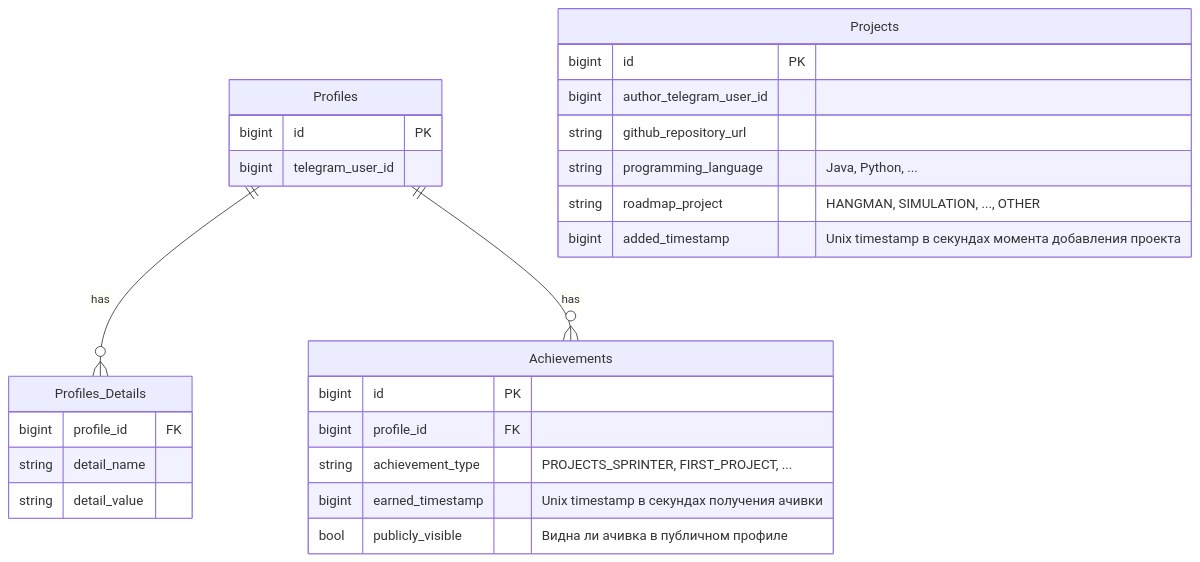
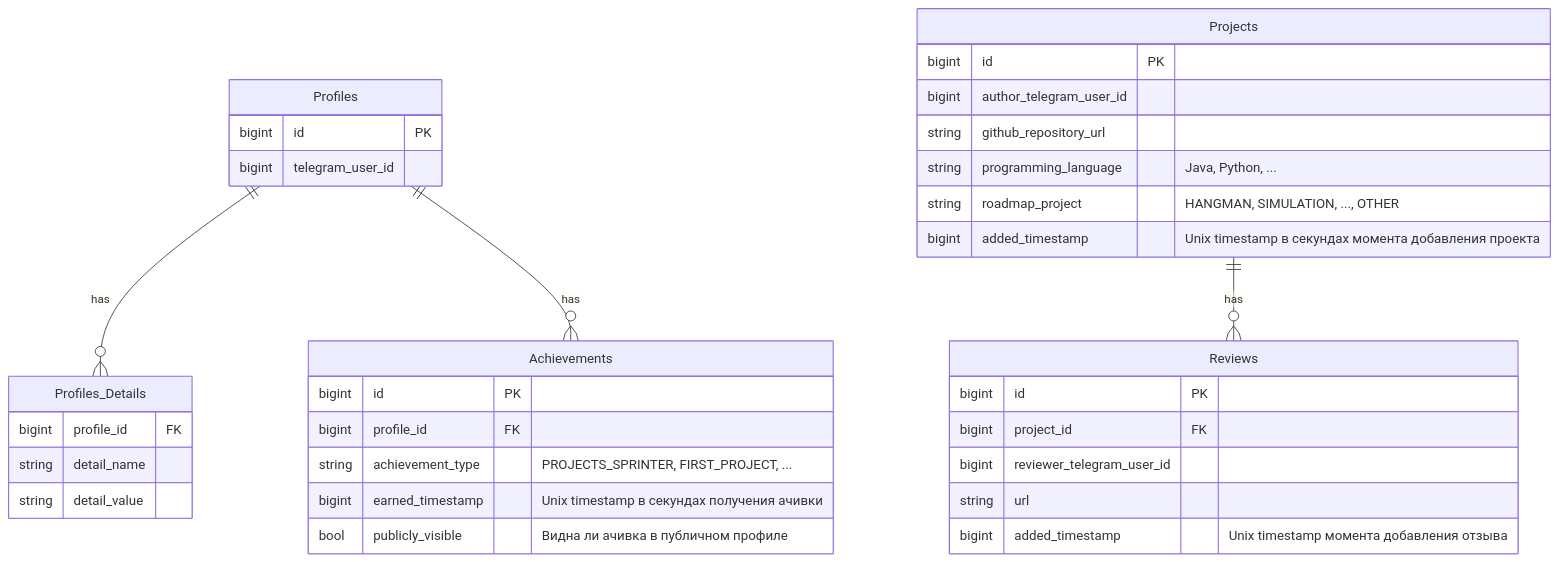
The diagram in system-analytics/services/profile-service/index.md (it-mentor-community-platform/meta), drawn with Mermaid before and after one commit. The commit also changed other lines of this file, not shown here.

Commit message:
system analytics: profile service - reviews DB table

````diff
--- a/system-analytics/services/profile-service/index.md
+++ b/system-analytics/services/profile-service/index.md
@@ -18,34 +18,42 @@
 ```mermaid
 erDiagram
     Profiles {
         bigint id PK
         bigint telegram_user_id
     }
 
     Profiles_Details {
         bigint profile_id FK
         string detail_name
         string detail_value
     }
 
     Achievements {
         bigint id PK
         bigint profile_id FK
         string achievement_type "PROJECTS_SPRINTER, FIRST_PROJECT, ..."
         bigint earned_timestamp "Unix timestamp в секундах получения ачивки"
         bool publicly_visible "Видна ли ачивка в публичном профиле"
     }
 
     Projects {
         bigint id PK
         bigint author_telegram_user_id
         string github_repository_url
         string programming_language "Java, Python, ..."
         string roadmap_project "HANGMAN, SIMULATION, ..., OTHER"
         bigint added_timestamp "Unix timestamp в секундах момента добавления проекта"
     }
 
+    Reviews {
+        bigint id PK
+        bigint project_id FK
+        bigint reviewer_telegram_user_id
+        string url
+        bigint added_timestamp "Unix timestamp момента добавления отзыва"
+    }
+
     Profiles ||--o{ Profiles_Details : has
     Profiles ||--o{ Achievements : has
-
+    Projects ||--o{ Reviews : has
 ```
````
